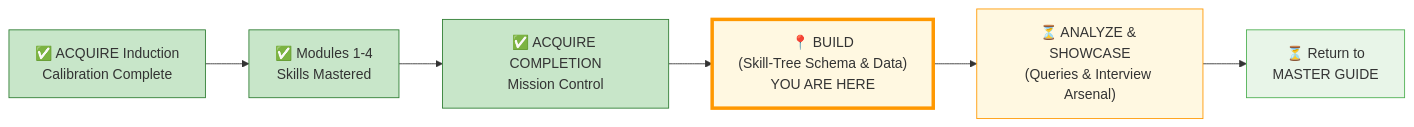
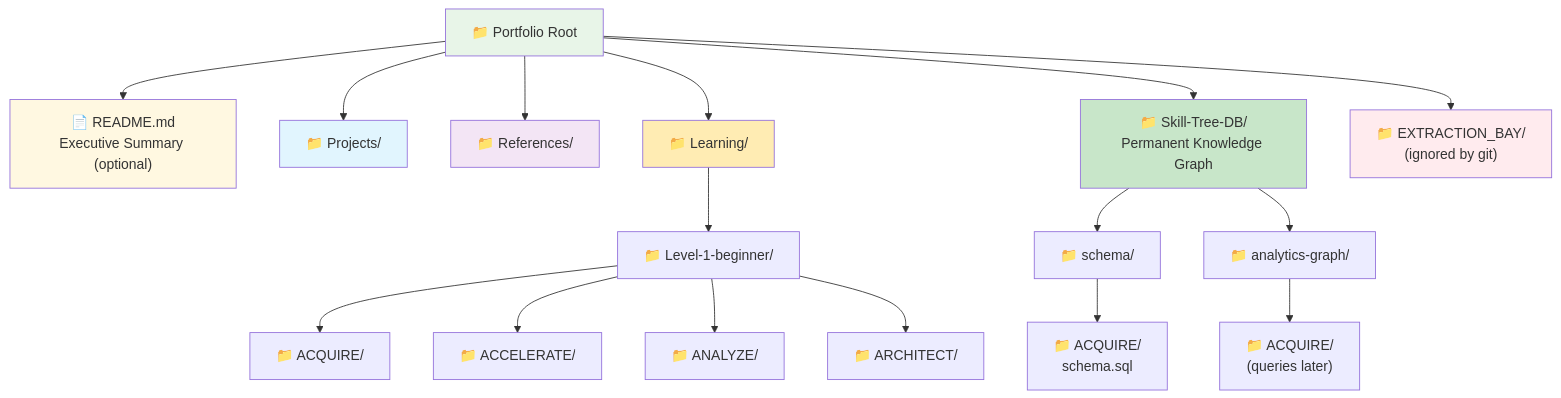
Before and after one commit to uniqueumamaheswari-universe/SQLVerse: the first of 2 diagrams in Level-1-beginner/Guides/Section1-ACQUIRE/SECTION1_COMPLETION_BUILD.md, drawn with Mermaid. The commit also changed other lines of this file and 9 other files, not shown here.

````diff
--- a/Level-1-beginner/Guides/Section1-ACQUIRE/SECTION1_COMPLETION_BUILD.md
+++ b/Level-1-beginner/Guides/Section1-ACQUIRE/SECTION1_COMPLETION_BUILD.md
@@ -65,15 +35,28 @@
 ```mermaid
-flowchart LR
-    A["✅ ACQUIRE Induction<br/>Calibration Complete"] --> B["✅ Modules 1-4<br/>Skills Mastered"]
-    B --> C["✅ ACQUIRE COMPLETION<br/>Mission Control"]
-    C --> D["📍 BUILD<br/>(Skill‑Tree Schema & Data)<br/>YOU ARE HERE"]
-    D --> E["⏳ ANALYZE & SHOWCASE<br/>(Queries & Interview Arsenal)"]
-    E --> F["⏳ Return to<br/>MASTER GUIDE"]
-    
-    style A fill:#c8e6c9,stroke:#2e7d32
-    style B fill:#c8e6c9,stroke:#2e7d32
-    style C fill:#c8e6c9,stroke:#2e7d32
-    style D fill:#fff8e1,stroke:#ff9800,stroke-width:4px
-    style E fill:#fff8e1,stroke:#ff9800
-    style F fill:#e8f5e8,stroke:#4caf50
+flowchart TD
+    A["📁 Portfolio Root"] --> B["📄 README.md<br/>Executive Summary (optional)"]
+    A --> C["📁 Projects/"]
+    A --> D["📁 References/"]
+    A --> E["📁 Learning/"]
+    A --> F["📁 Skill-Tree-DB/<br/>Permanent Knowledge Graph"]
+    A --> G["📁 EXTRACTION_BAY/<br/>(ignored by git)"]
+
+    E --> E1["📁 Level-1-beginner/"]
+    E1 --> E2["📁 ACQUIRE/"]
+    E1 --> E3["📁 ACCELERATE/"]
+    E1 --> E4["📁 ANALYZE/"]
+    E1 --> E5["📁 ARCHITECT/"]
+
+    F --> F1["📁 schema/"]
+    F --> F2["📁 analytics-graph/"]
+    F1 --> F1a["📁 ACQUIRE/<br/>schema.sql"]
+    F2 --> F2a["📁 ACQUIRE/<br/>(queries later)"]
+
+    style A fill:#e8f5e8
+    style B fill:#fff8e1
+    style C fill:#e1f5fe
+    style D fill:#f3e5f5
+    style E fill:#ffecb3
+    style F fill:#c8e6c9
+    style G fill:#ffebee
 ```
````
